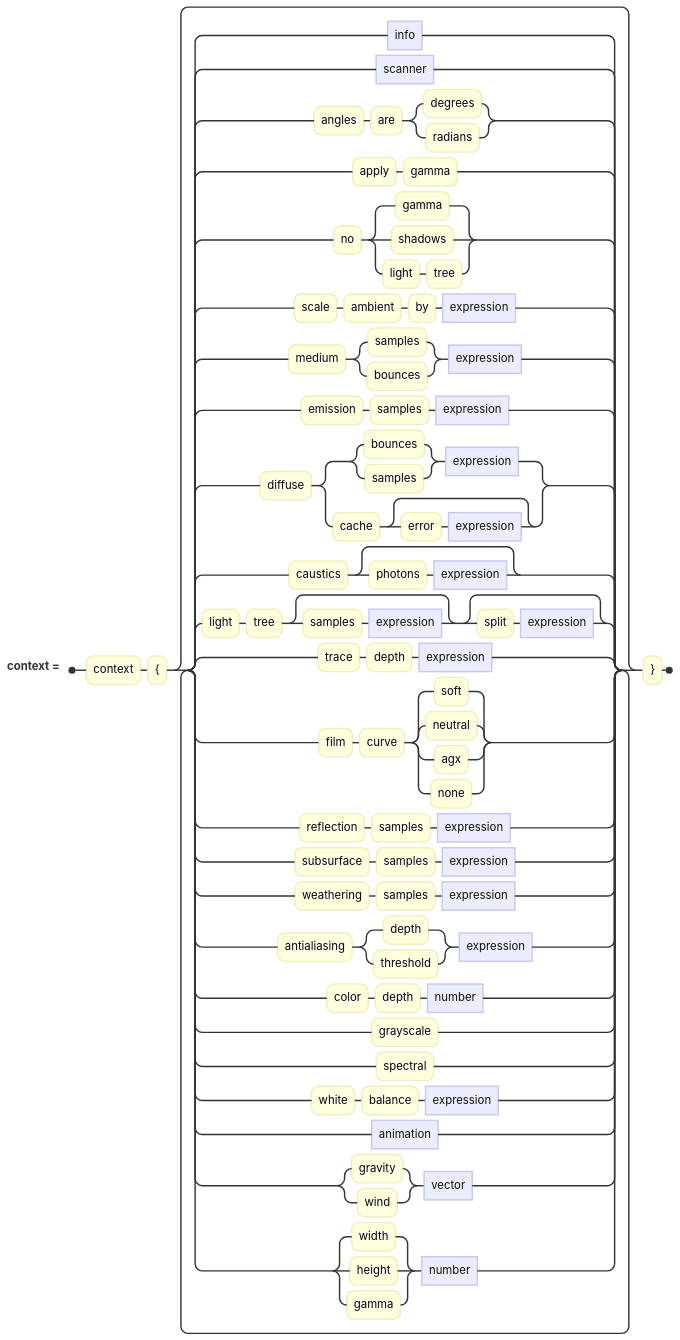
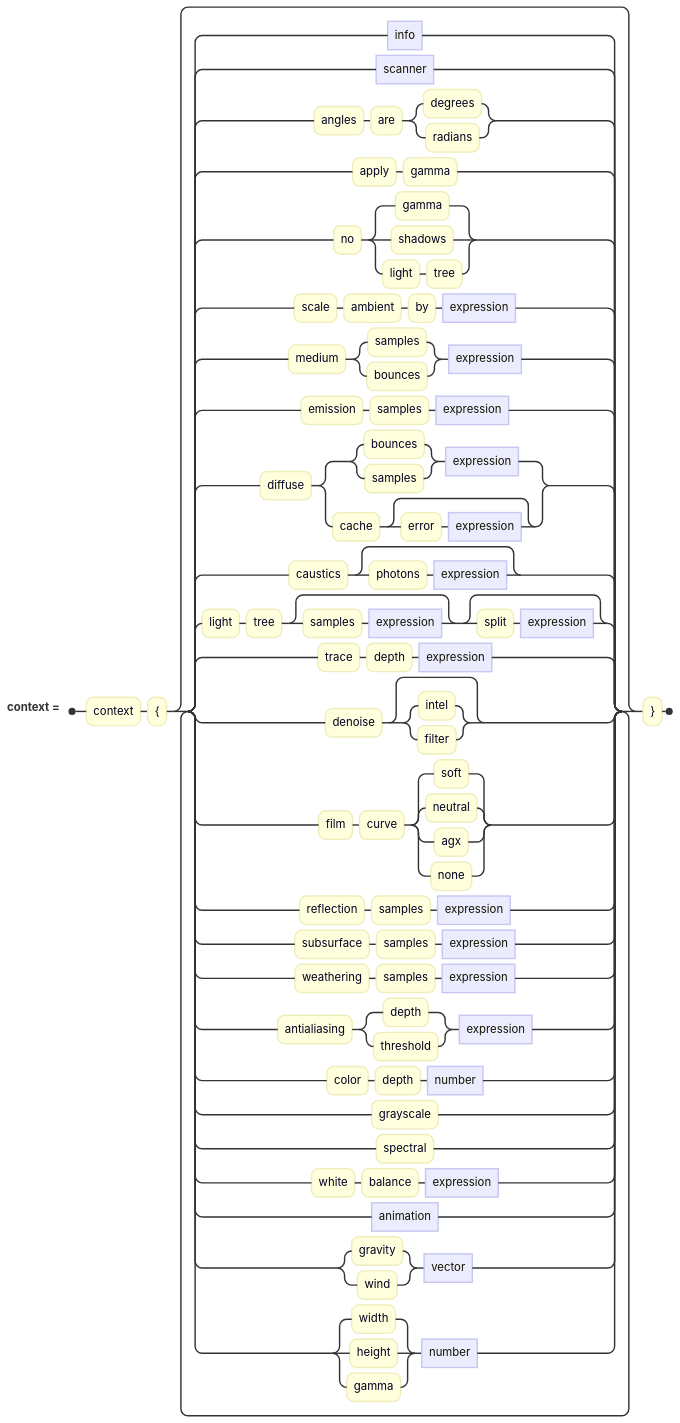
One commit to jskress/RayTracer changed the diagram in docs/diagrams/context/contextClause.mmd. Above: the diagram before and after it, drawn with Mermaid. The commit also changed 28 other files, not shown here.

```diff
--- a/docs/diagrams/context/contextClause.mmd
+++ b/docs/diagrams/context/contextClause.mmd
@@ -1,21 +1,22 @@
 railroad-ebnf-beta
 title "The context block"
 
 context = "context" "{" { info | scanner | "angles" "are" ( "degrees" | "radians" )
         | "apply" "gamma" | "no" ( "gamma" | "shadows" | "light" "tree" )
         | "scale" "ambient" "by" expression
         | "medium" ( "samples" | "bounces" ) expression
         | "emission" "samples" expression
         | "diffuse" ( ( "bounces" | "samples" ) expression | "cache" [ "error" expression ] )
         | "caustics" [ "photons" expression ]
         | "light" "tree" [ "samples" expression ] [ "split" expression ]
         | "trace" "depth" expression
+        | "denoise" [ "intel" | "filter" ]
         | "film" "curve" ( "soft" | "neutral" | "agx" | "none" )
         | "reflection" "samples" expression
         | "subsurface" "samples" expression
         | "weathering" "samples" expression
         | "antialiasing" ( "depth" | "threshold" ) expression
         | "color" "depth" number | "grayscale" | "spectral"
         | "white" "balance" expression
         | animation | ( "gravity" | "wind" ) vector
         | ( "width" | "height" | "gamma" ) number } "}" ;
```
